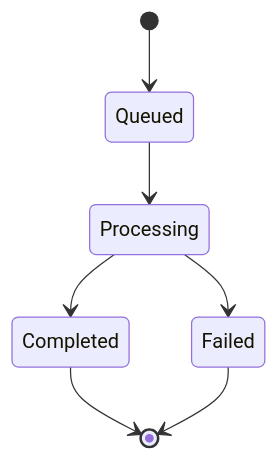
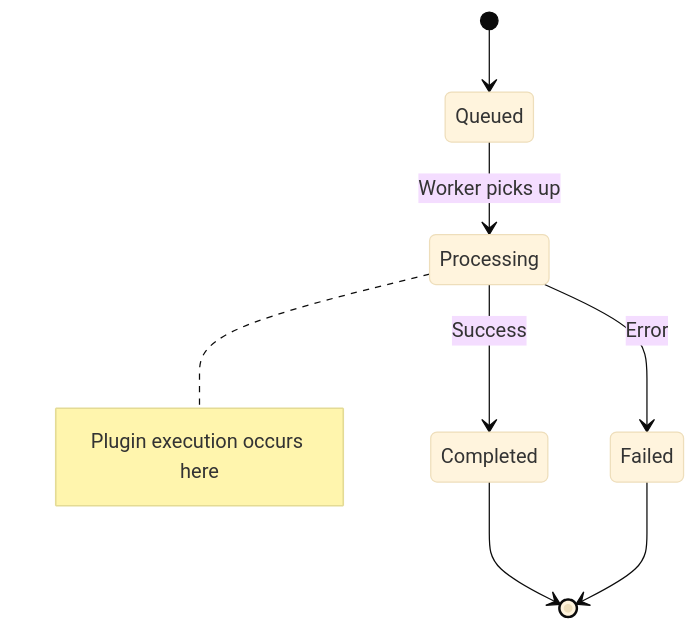
The third of 5 diagrams in AGENT.md (hwangjongtaek/orc-ray-agent), drawn with Mermaid before and after one commit. The commit also changed other lines of this file and 1 other file, not shown here.

Commit message:
Enforce Mermaid diagram standards and light/dark mode compatibility in AGENT.md and README.md

````diff
--- a/AGENT.md
+++ b/AGENT.md
@@ -464,9 +508,12 @@
 ```mermaid
+%%{init: {'theme':'base'}}%%
 stateDiagram-v2
     [*] --> Queued
-    Queued --> Processing
-    Processing --> Completed
-    Processing --> Failed
+    Queued --> Processing: Worker picks up
+    Processing --> Completed: Success
+    Processing --> Failed: Error
     Completed --> [*]
     Failed --> [*]
+
+    note right of Processing: Plugin execution occurs here
 ```
````
